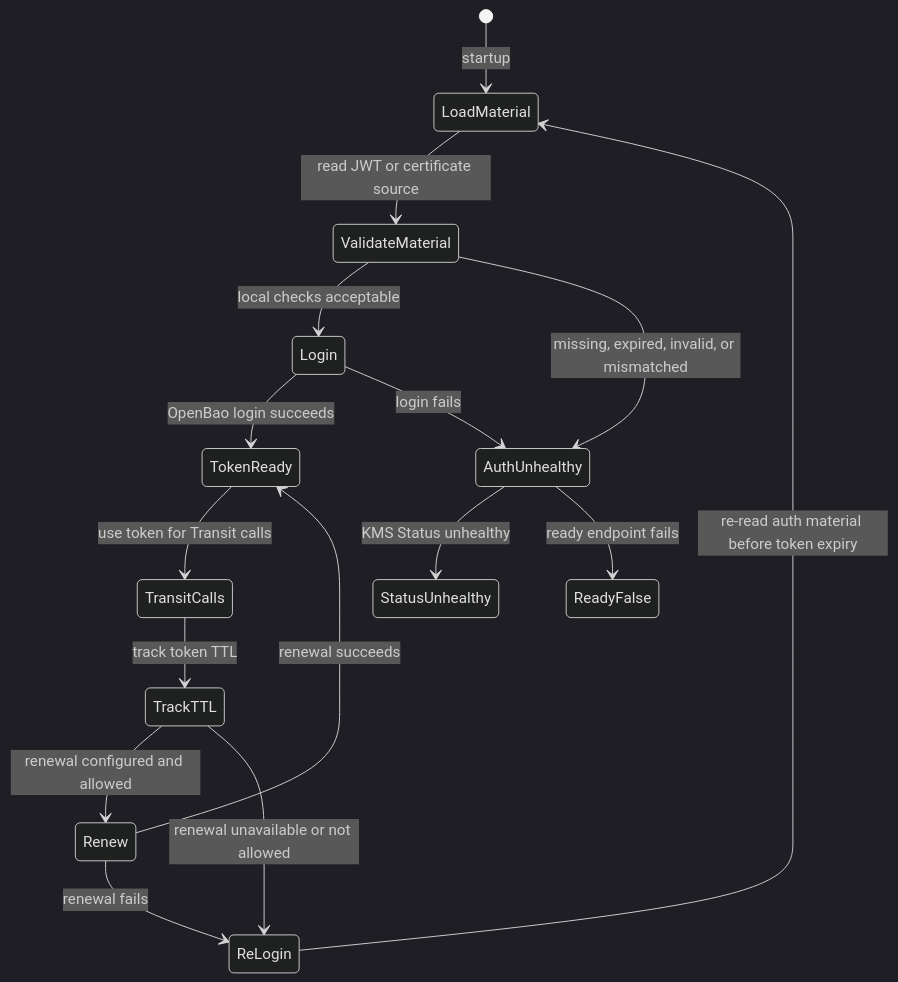
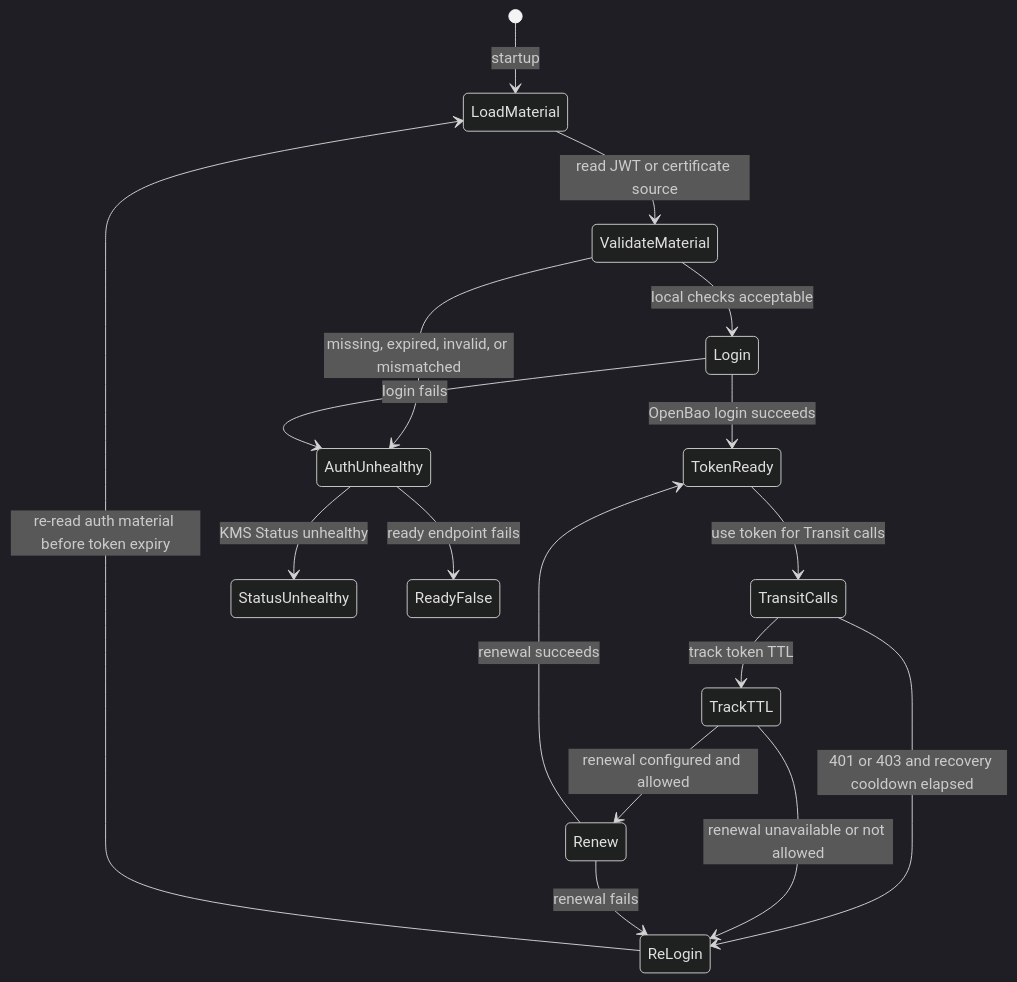
One commit to dc-tec/openbao-kubernetes-kms changed the diagram in docs/security/auth-model.md. Above: the diagram before and after it, drawn with Mermaid (dark theme). The commit also changed other lines of this file and 24 other files, not shown here.

````diff
--- a/docs/security/auth-model.md
+++ b/docs/security/auth-model.md
@@ -32,18 +32,19 @@
 ```mermaid
 stateDiagram-v2
     [*] --> LoadMaterial: startup
     LoadMaterial --> ValidateMaterial: read JWT or certificate source
     ValidateMaterial --> Login: local checks acceptable
     ValidateMaterial --> AuthUnhealthy: missing, expired, invalid, or mismatched
     Login --> TokenReady: OpenBao login succeeds
     Login --> AuthUnhealthy: login fails
     TokenReady --> TransitCalls: use token for Transit calls
     TransitCalls --> TrackTTL: track token TTL
+    TransitCalls --> ReLogin: 401 or 403 and recovery cooldown elapsed
     TrackTTL --> Renew: renewal configured and allowed
     TrackTTL --> ReLogin: renewal unavailable or not allowed
     Renew --> TokenReady: renewal succeeds
     Renew --> ReLogin: renewal fails
     ReLogin --> LoadMaterial: re-read auth material before token expiry
     AuthUnhealthy --> StatusUnhealthy: KMS Status unhealthy
     AuthUnhealthy --> ReadyFalse: ready endpoint fails
 ```
````
